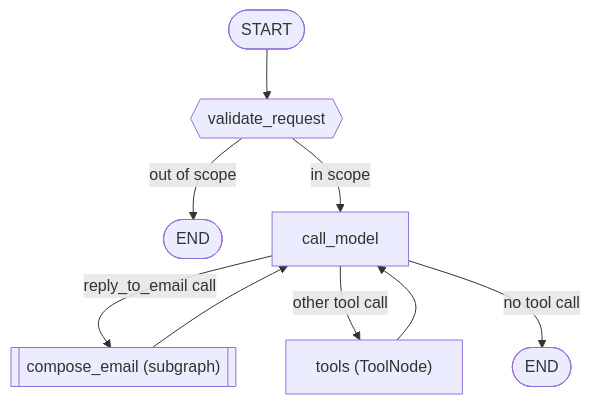
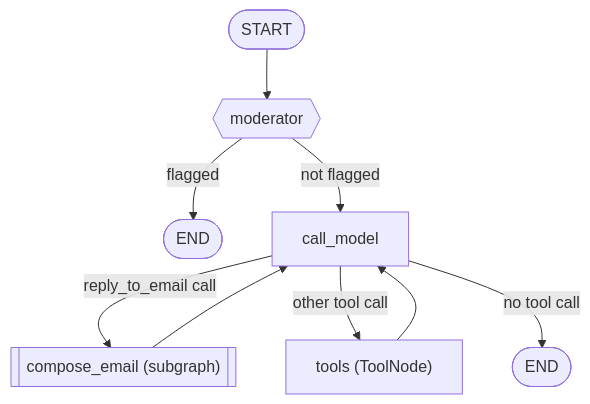
One commit to myle-agilityio/langchain-training changed the second of 5 diagrams in practice-new-version/docs/ARCHITECTURE.md. Above: the diagram before and after it, drawn with Mermaid. The commit also changed other lines of this file and 8 other files, not shown here.

````diff
--- a/practice-new-version/docs/ARCHITECTURE.md
+++ b/practice-new-version/docs/ARCHITECTURE.md
@@ -47,19 +50,19 @@
 ```mermaid
 graph TD
-    START(["START"]) --> validate_request
+    START(["START"]) --> moderator
 
-    validate_request{{"validate_request"}}
-    validate_request -- "out of scope" --> END_scope(["END"])
-    validate_request -- "in scope" --> call_model
+    moderator{{"moderator"}}
+    moderator -- "flagged" --> END_blocked(["END"])
+    moderator -- "not flagged" --> call_model
 
     call_model["call_model"]
     call_model -- "reply_to_email call" --> compose_email
     call_model -- "other tool call" --> tools
     call_model -- "no tool call" --> END_done(["END"])
 
     tools["tools (ToolNode)"]
     tools --> call_model
 
     compose_email[["compose_email (subgraph)"]]
     compose_email --> call_model
 ```
````
